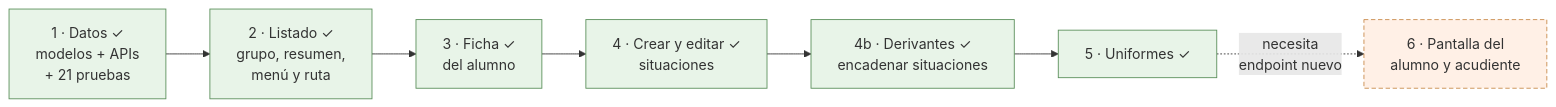
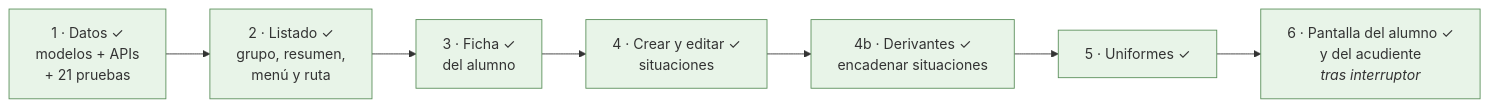
One commit to bluesky777/myvc_flutter changed the fifth of 5 diagrams in docs/disciplina.md. Above: the diagram before and after it, drawn with Mermaid. The commit also changed other lines of this file and 7 other files, not shown here.

````diff
--- a/docs/disciplina.md
+++ b/docs/disciplina.md
@@ -282,17 +282,17 @@
 ```mermaid
 flowchart LR
     F1["1 · Datos ✓<br/>modelos + APIs<br/>+ 21 pruebas"] --> F2["2 · Listado ✓<br/>grupo, resumen,<br/>menú y ruta"]
     F2 --> F3["3 · Ficha ✓<br/>del alumno"]
     F3 --> F4["4 · Crear y editar ✓<br/>situaciones"]
     F4 --> F4b["4b · Derivantes ✓<br/>encadenar situaciones"]
     F4b --> F5["5 · Uniformes ✓"]
-    F5 -.->|"necesita<br/>endpoint nuevo"| F6["6 · Pantalla del<br/>alumno y acudiente"]
+    F5 --> F6["6 · Pantalla del alumno ✓<br/>y del acudiente<br/><i>tras interruptor</i>"]
 
     style F1 fill:#e8f4e8,stroke:#5a8f5a
     style F2 fill:#e8f4e8,stroke:#5a8f5a
     style F3 fill:#e8f4e8,stroke:#5a8f5a
     style F4 fill:#e8f4e8,stroke:#5a8f5a
     style F4b fill:#e8f4e8,stroke:#5a8f5a
     style F5 fill:#e8f4e8,stroke:#5a8f5a
-    style F6 fill:#fff0e6,stroke:#c98a4b,stroke-dasharray: 5 3
+    style F6 fill:#e8f4e8,stroke:#5a8f5a
 ```
````
